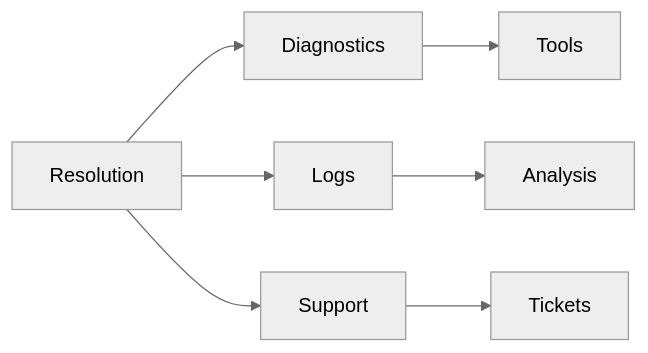
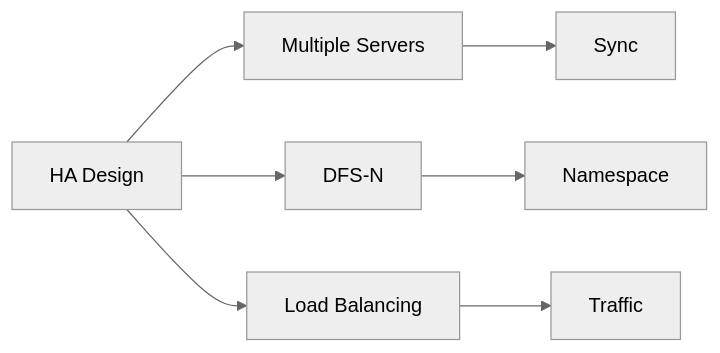
Diagram 12 of 12 in src/azure/az-104/File_Sync.md (saravanakumarrc/Architecture_Journey), drawn with Mermaid (neutral theme) before and after one commit. The commit also changed other lines of this file and 6 other files, not shown here.

````diff
--- a/src/azure/az-104/File_Sync.md
+++ b/src/azure/az-104/File_Sync.md
@@ -248,10 +198,10 @@
 ```mermaid
 graph LR
-    A[Resolution] --> B[Diagnostics]
-    A --> C[Logs]
-    A --> D[Support]
+    A[HA Design] --> B[Multiple Servers]
+    A --> C[DFS-N]
+    A --> D[Load Balancing]
     
-    B --> E[Tools]
-    C --> F[Analysis]
-    D --> G[Tickets]
+    B --> E[Sync]
+    C --> F[Namespace]
+    D --> G[Traffic]
 ```
````
